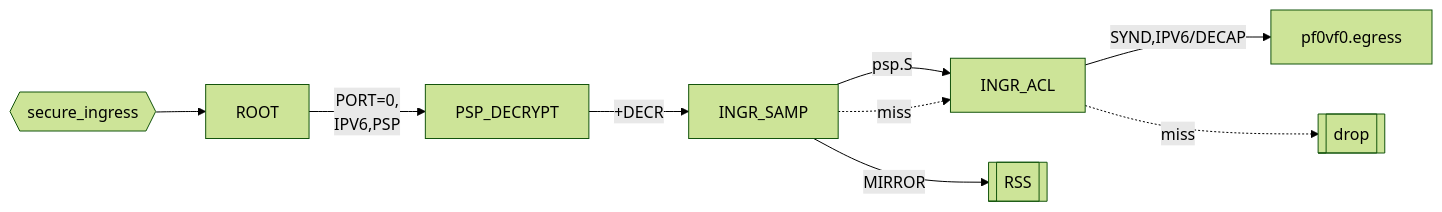
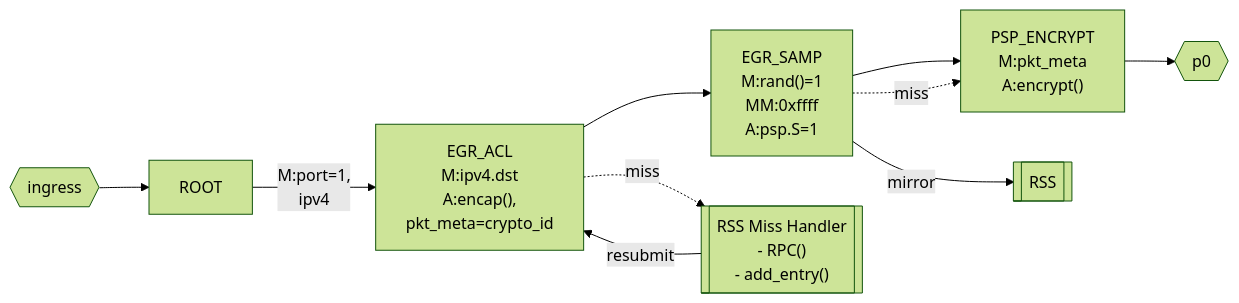
The third of 7 diagrams in README.md (nvbrent/doca-psp-sample-app), drawn with Mermaid (forest theme) before and after one commit. The commit also changed other lines of this file and 1 other file, not shown here.

````diff
--- a/README.md
+++ b/README.md
@@ -69,18 +87,32 @@
 ```mermaid
  %%{init:{'flowchart':{'useMaxWidth':false}}}%%
 flowchart LR
-    secure_ingress{{secure_ingress}}
-    secure_ingress-->ROOT
-    INGR_ACL[INGR_ACL]
+    ingress{{ingress}}
+    p0{{p0}}
+    EGR_ACL["EGR_ACL
+    M:ipv4.dst
+    A:encap(),
+    pkt_meta=crypto_id"]
+    EGR_SAMP["EGR_SAMP
+    M:rand()=1
+    MM:0xffff
+    A:psp.S=1"]
+    PSP_ENCRYPT["PSP_ENCRYPT
+    M:pkt_meta
+    A:encrypt()"]
     RSS[[RSS]]
-    drop[[drop]]
+    RSS2[["RSS Miss Handler
+    - RPC()
+    - add_entry()
+    "]]
 
-    ROOT-->|"PORT=0,
-    IPV6,PSP"|PSP_DECRYPT
-    PSP_DECRYPT-->|+DECR|INGR_SAMP
-    INGR_SAMP-->|psp.S|INGR_ACL
-    INGR_SAMP-.->|miss|INGR_ACL
-    INGR_SAMP-->|MIRROR|RSS
-    INGR_ACL-->|SYND,IPV6/DECAP|pf0vf0.egress
-    INGR_ACL-.->|miss|drop
+    ingress-->ROOT
+    ROOT-->|"M:port=1,
+    ipv4"|EGR_ACL
+    EGR_ACL-->EGR_SAMP
+    EGR_SAMP-->PSP_ENCRYPT
+    EGR_SAMP-.->|miss|PSP_ENCRYPT
+    EGR_SAMP-->|"mirror"|RSS
+    PSP_ENCRYPT-->p0
+    EGR_ACL-.->|miss|RSS2-->|resubmit|EGR_ACL
 ```
````
